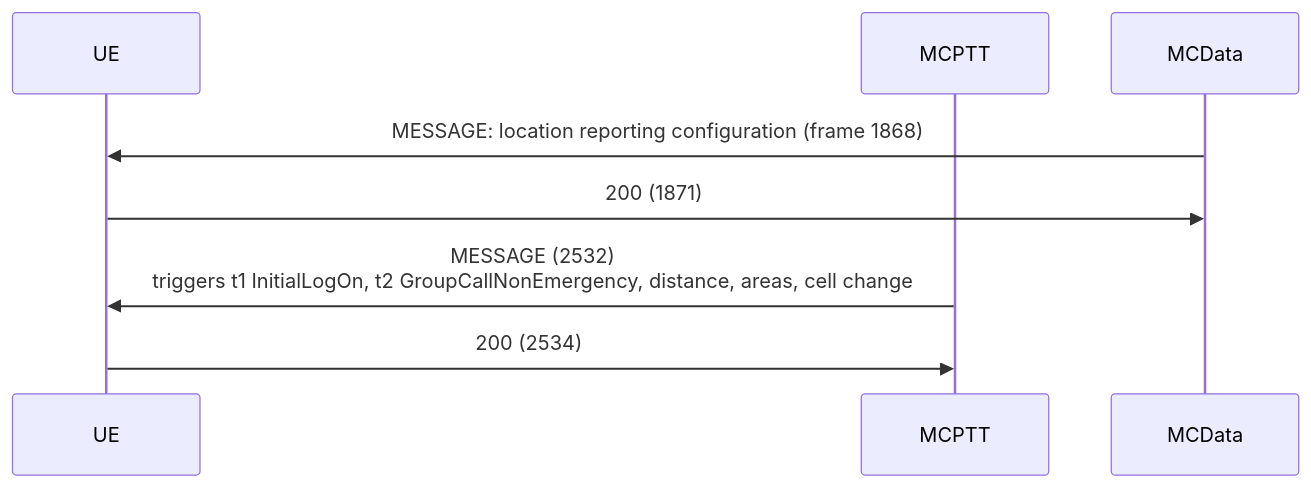
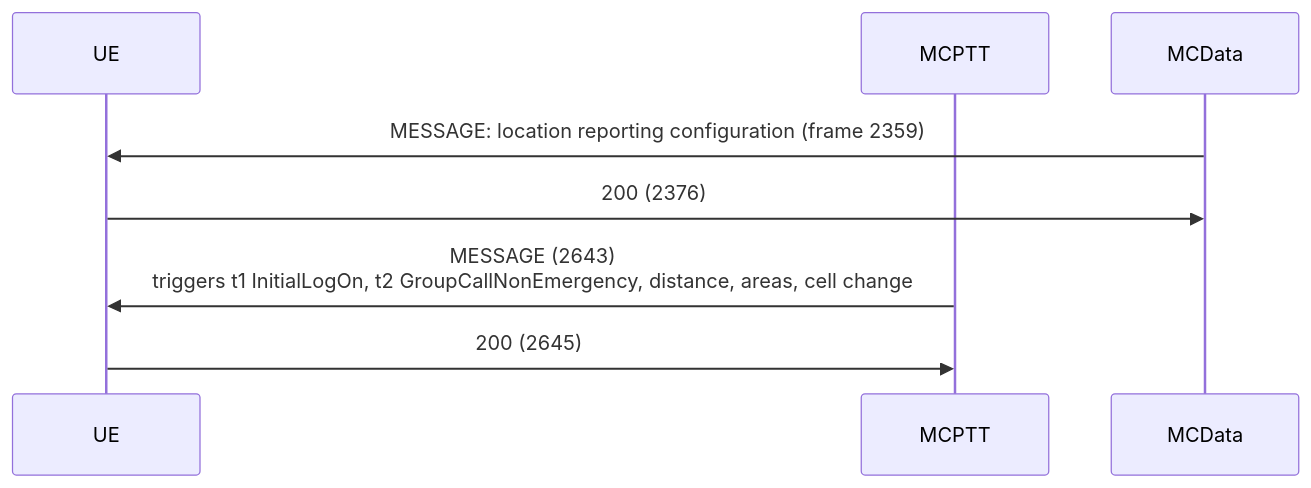
The eighth of 9 diagrams in tutorials/end-to-end/10-openmcx-ue-conformance-check/CALL_FLOW.md (openMCX/openmcx-server), drawn with Mermaid before and after one commit. The commit also changed other lines of this file and 6 other files, not shown here.

````diff
--- a/tutorials/end-to-end/10-openmcx-ue-conformance-check/CALL_FLOW.md
+++ b/tutorials/end-to-end/10-openmcx-ue-conformance-check/CALL_FLOW.md
@@ -247,10 +247,10 @@
 ```mermaid
 sequenceDiagram
     participant UE
     participant AS as MCPTT
     participant MD as MCData
-    MD->>UE: MESSAGE: location reporting configuration (frame 1868)
-    UE->>MD: 200 (1871)
-    AS->>UE: MESSAGE (2532)<br/>triggers t1 InitialLogOn, t2 GroupCallNonEmergency, distance, areas, cell change
-    UE->>AS: 200 (2534)
+    MD->>UE: MESSAGE: location reporting configuration (frame 2359)
+    UE->>MD: 200 (2376)
+    AS->>UE: MESSAGE (2643)<br/>triggers t1 InitialLogOn, t2 GroupCallNonEmergency, distance, areas, cell change
+    UE->>AS: 200 (2645)
 ```
````
